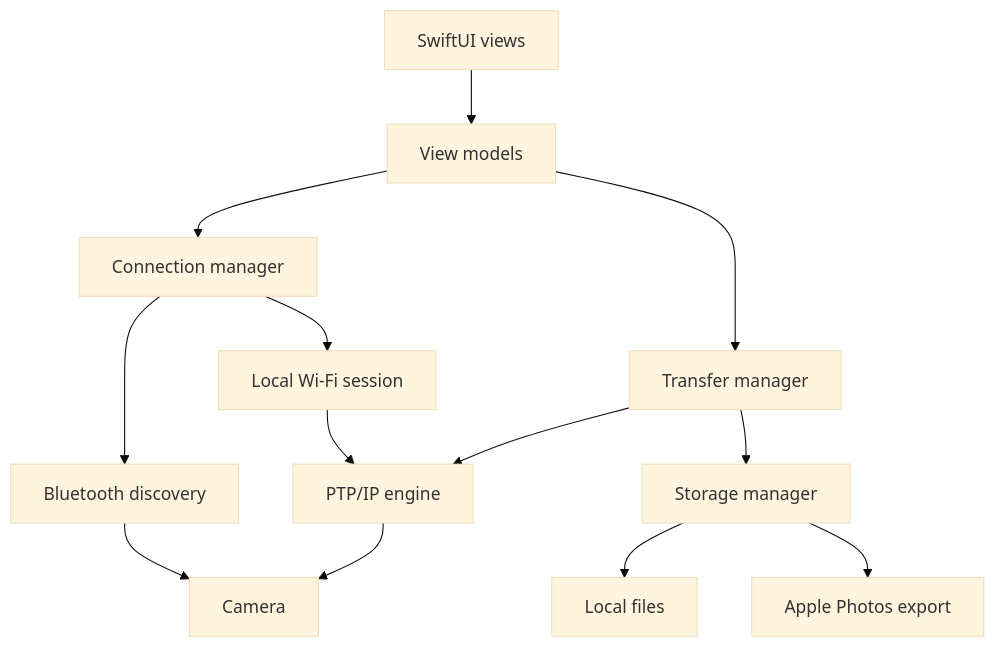
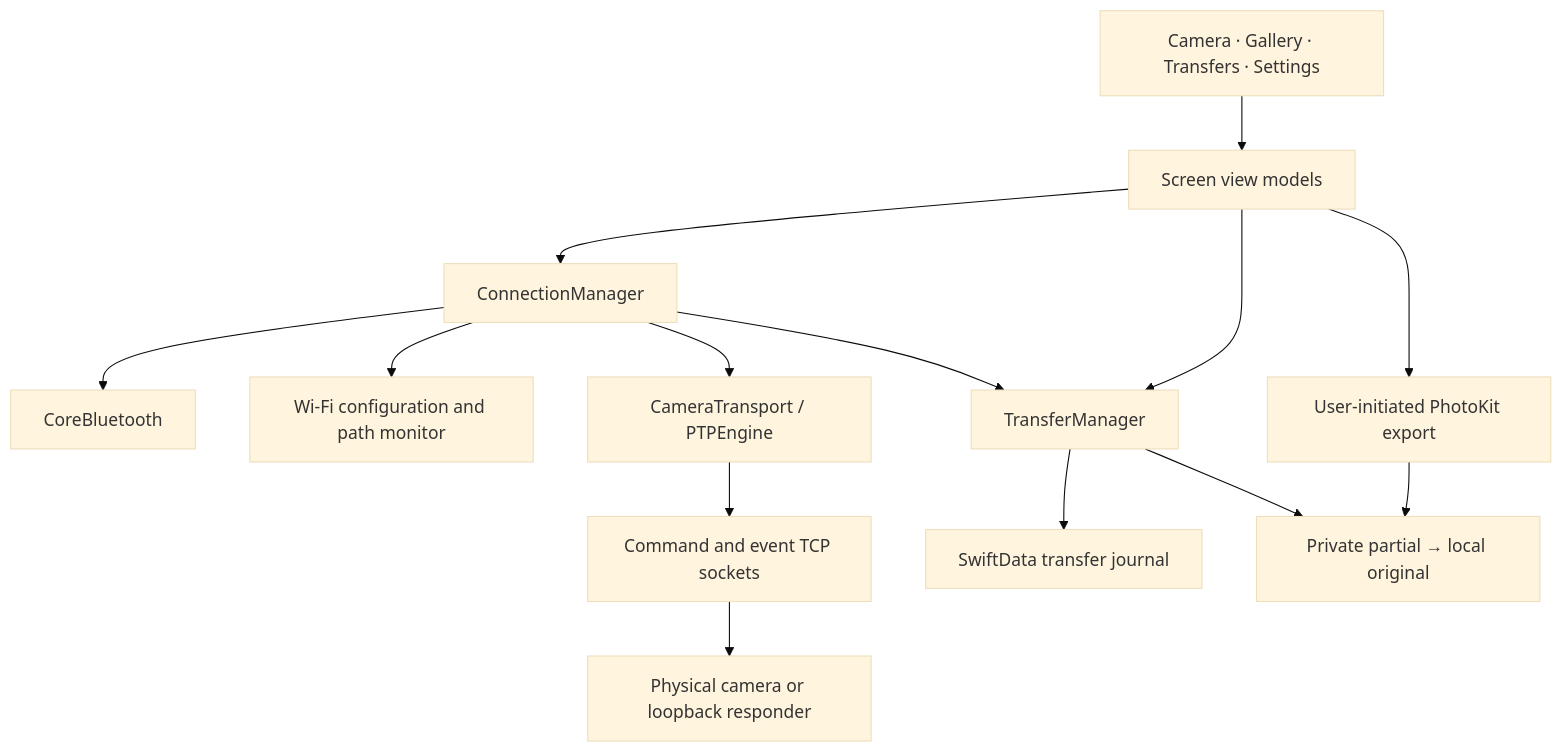
One commit to Cooljoes/PixelBridge changed the first of 3 diagrams in README.md. Above: the diagram before and after it, drawn with Mermaid (base theme). The commit also changed other lines of this file and 25 other files, not shown here.

Commit message:
chore: initialize PixelBridge architecture and documentation

````diff
--- a/README.md
+++ b/README.md
@@ -34,15 +36,16 @@
 ```mermaid
 flowchart TD
-    UI["SwiftUI views"] --> VM["View models"]
-    VM --> CT["Connection manager"]
-    VM --> TQ["Transfer manager"]
-    CT --> BLE["Bluetooth discovery"]
-    CT --> WIFI["Local Wi-Fi session"]
-    BLE --> CAMERA["Camera"]
-    WIFI --> PTP["PTP/IP engine"]
-    TQ --> PTP
-    PTP --> CAMERA
-    TQ --> ST["Storage manager"]
-    ST --> FILES["Local files"]
-    ST --> PH["Apple Photos export"]
+    V["Camera · Gallery · Transfers · Settings"] --> VM["Screen view models"]
+    VM --> C["ConnectionManager"]
+    VM --> T["TransferManager"]
+    C --> B["CoreBluetooth"]
+    C --> W["Wi-Fi configuration and path monitor"]
+    C --> P["CameraTransport / PTPEngine"]
+    P --> S["Command and event TCP sockets"]
+    S --> D["Physical camera or loopback responder"]
+    C --> T
+    T --> DB["SwiftData transfer journal"]
+    T --> F["Private partial → local original"]
+    VM --> PH["User-initiated PhotoKit export"]
+    PH --> F
 ```
````
